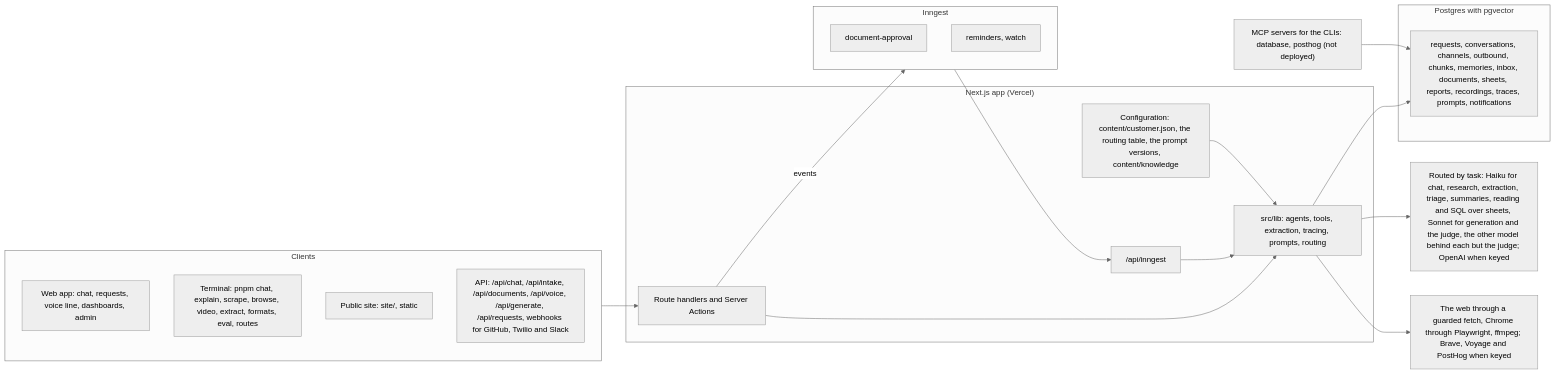
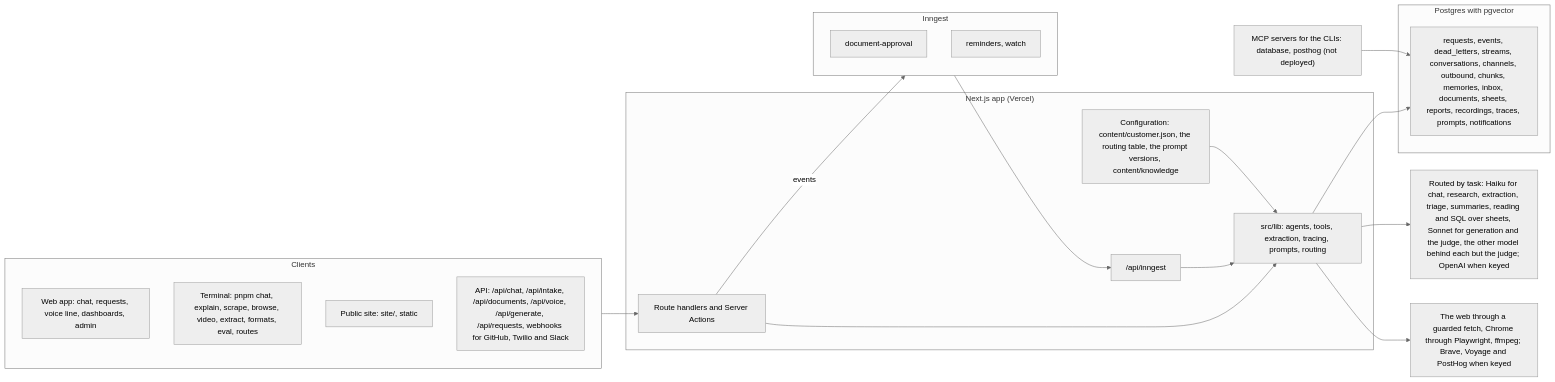
One commit to anusheel/workbot changed the diagram in docs/architecture.md. Above: the diagram before and after it, drawn with Mermaid (neutral theme). The commit also changed other lines of this file and 6 other files, not shown here.

````diff
--- a/docs/architecture.md
+++ b/docs/architecture.md
@@ -7,31 +7,31 @@
 ```mermaid
 flowchart LR
   subgraph clients [Clients]
     web["Web app: chat, requests, voice line, dashboards, admin"]
     cli["Terminal: pnpm chat, explain, scrape, browse, video, extract, formats, eval, routes"]
     site["Public site: site/, static"]
     api["API: /api/chat, /api/intake, /api/documents, /api/voice, /api/generate, /api/requests, webhooks for GitHub, Twilio and Slack"]
   end
   subgraph app ["Next.js app (Vercel)"]
     routes["Route handlers and Server Actions"]
     lib["src/lib: agents, tools, extraction, tracing, prompts, routing"]
     serve["/api/inngest"]
     config["Configuration: content/customer.json, the routing table, the prompt versions, content/knowledge"]
   end
   mcp["MCP servers for the CLIs: database, posthog (not deployed)"]
   subgraph engine ["Inngest"]
     approval["document-approval"]
     crons["reminders, watch"]
   end
   subgraph data ["Postgres with pgvector"]
-    tables["requests, conversations, channels, outbound, chunks, memories, inbox, documents, sheets, reports, recordings, traces, prompts, notifications"]
+    tables["requests, events, dead_letters, streams, conversations, channels, outbound, chunks, memories, inbox, documents, sheets, reports, recordings, traces, prompts, notifications"]
   end
   models["Routed by task: Haiku for chat, research, extraction, triage, summaries, reading and SQL over sheets, Sonnet for generation and the judge, the other model behind each but the judge; OpenAI when keyed"]
   outside["The web through a guarded fetch, Chrome through Playwright, ffmpeg; Brave, Voyage and PostHog when keyed"]
   clients --> routes --> lib --> models
   lib --> tables
   routes -- events --> engine --> serve --> lib
   lib --> outside
   config --> lib
   mcp --> tables
 ```
````
